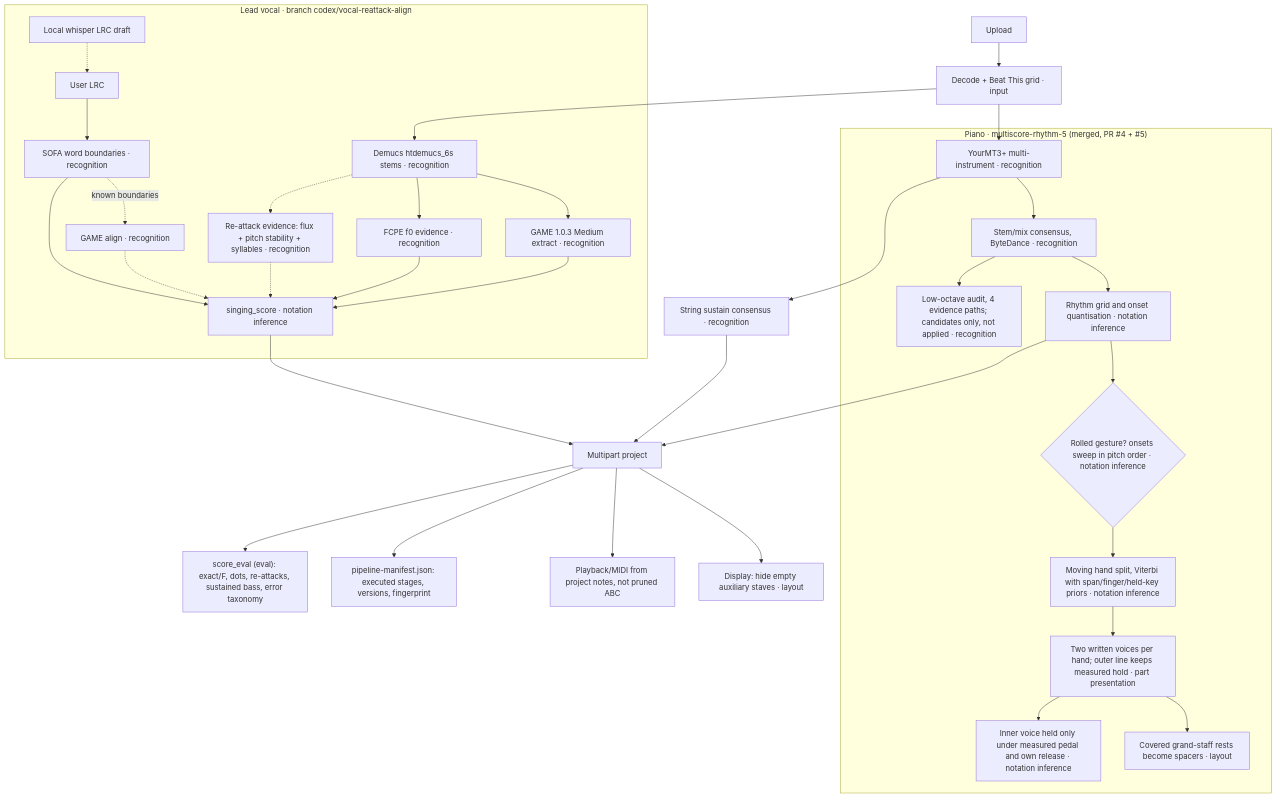
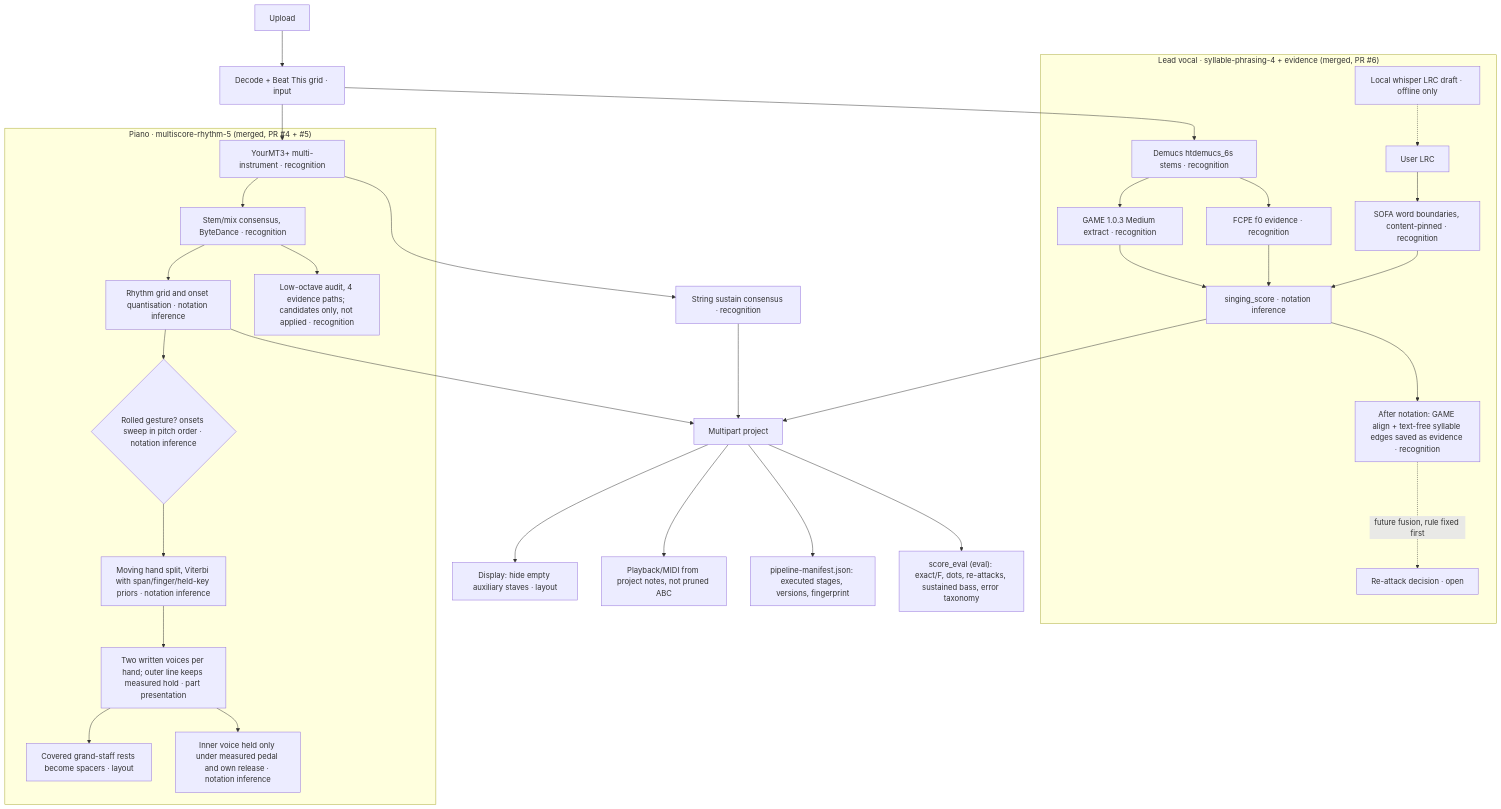
The diagram in docs/PIPELINE.md (zzzhhn/coro-workbench), drawn with Mermaid before and after one commit.

Commit message:
Pipeline doc: vocal v5 merged; evidence saved after notation

````diff
--- a/docs/PIPELINE.md
+++ b/docs/PIPELINE.md
@@ -13,40 +13,38 @@
 ```mermaid
 flowchart TD
   A[Upload] --> B[Decode + Beat This grid · input]
   B --> SEP[Demucs htdemucs_6s stems · recognition]
   B --> MT[YourMT3+ multi-instrument · recognition]
 
-  subgraph Vocal["Lead vocal · branch codex/vocal-reattack-align"]
+  subgraph Vocal["Lead vocal · syllable-phrasing-4 + evidence (merged, PR #6)"]
     SEP --> GE[GAME 1.0.3 Medium extract · recognition]
     SEP --> FC[FCPE f0 evidence · recognition]
-    LRC[User LRC] --> SOFA[SOFA word boundaries · recognition]
-    ASR[Local whisper LRC draft] -.-> LRC
-    SOFA -.->|known boundaries| GA[GAME align · recognition]
-    SEP -.-> RX[Re-attack evidence: flux + pitch stability + syllables · recognition]
+    LRC[User LRC] --> SOFA[SOFA word boundaries, content-pinned · recognition]
+    ASR[Local whisper LRC draft · offline only] -.-> LRC
     GE --> SS[singing_score · notation inference]
-    GA -.-> SS
-    RX -.-> SS
     FC --> SS
     SOFA --> SS
+    SS --> EVD[After notation: GAME align + text-free syllable edges saved as evidence · recognition]
+    EVD -.->|future fusion, rule fixed first| RX[Re-attack decision · open]
   end
 
   subgraph Piano["Piano · multiscore-rhythm-5 (merged, PR #4 + #5)"]
     MT --> PC[Stem/mix consensus, ByteDance · recognition]
     PC --> PR[Rhythm grid and onset quantisation · notation inference]
     PR --> PA{Rolled gesture? onsets sweep in pitch order · notation inference}
     PA --> PH[Moving hand split, Viterbi with span/finger/held-key priors · notation inference]
     PH --> PV[Two written voices per hand; outer line keeps measured hold · part presentation]
     PV --> PL[Covered grand-staff rests become spacers · layout]
     PV --> PP[Inner voice held only under measured pedal and own release · notation inference]
     PC --> PO[Low-octave audit, 4 evidence paths; candidates only, not applied · recognition]
   end
 
   MT --> STR[String sustain consensus · recognition]
   SS --> PRJ[Multipart project]
   PR --> PRJ
   STR --> PRJ
   PRJ --> VIEW[Display: hide empty auxiliary staves · layout]
   PRJ --> AUD[Playback/MIDI from project notes, not pruned ABC]
   PRJ --> MAN[pipeline-manifest.json: executed stages, versions, fingerprint]
   PRJ --> EV["score_eval (eval): exact/F, dots, re-attacks, sustained bass, error taxonomy"]
 ```
````
